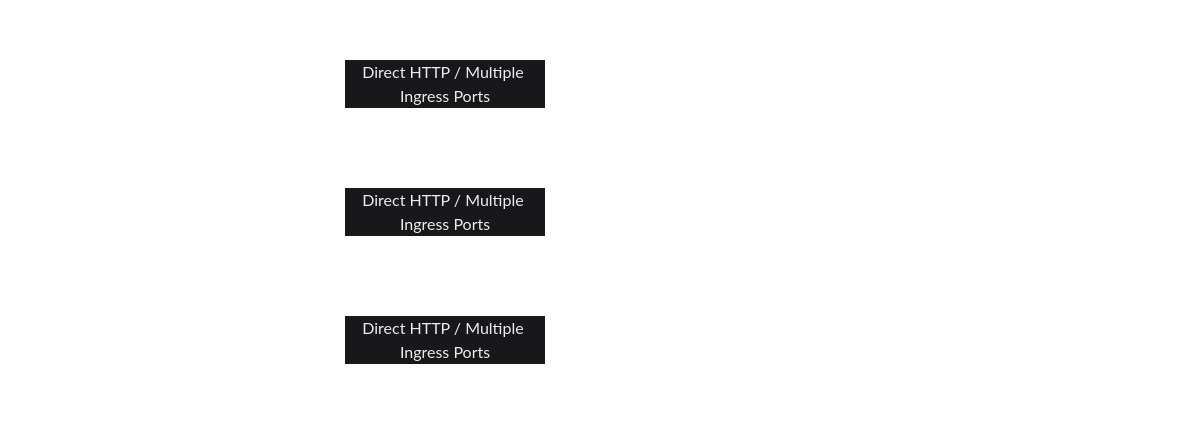
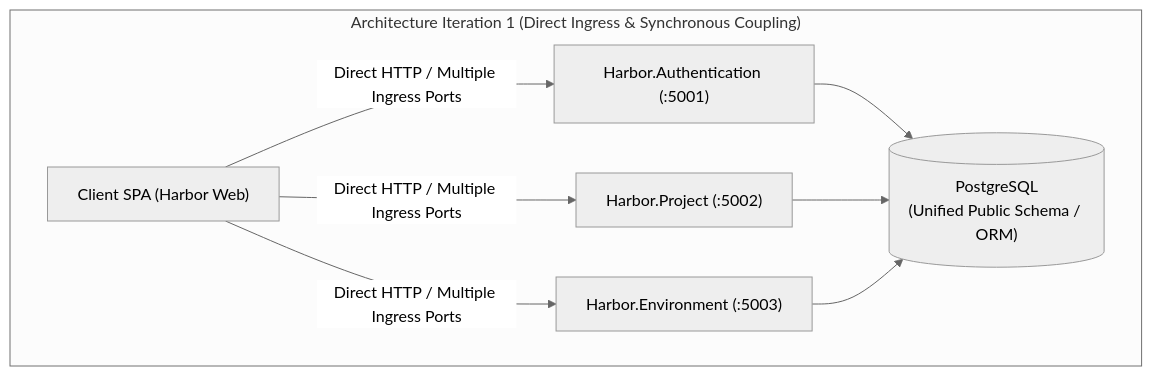
The first of 11 diagrams in docs/FINAL_EVALUATION.md (shanelperera-exe/harbor), drawn with Mermaid before and after one commit. The commit also changed other lines of this file, not shown here.

Commit message:
style(diagrams): use neutral black-and-white theme across all 11 Mermaid diagrams for light/dark mode compatibility

````diff
--- a/docs/FINAL_EVALUATION.md
+++ b/docs/FINAL_EVALUATION.md
@@ -184,36 +184,23 @@
 ```mermaid
 %%{init: {
-  'theme': 'base',
+  'theme': 'neutral',
   'themeVariables': {
-    'fontFamily': 'Courier New, monospace',
-    'darkMode': true,
-    'background': '#18181b',
-    'mainBkg': 'transparent',
-    'nodeBorder': '#ffffff',
-    'nodeTextColor': '#ffffff',
-    'lineColor': '#ffffff',
-    'edgeLabelBackground': '#18181b',
-    'clusterBkg': 'transparent',
-    'clusterBorder': '#ffffff',
-    'titleColor': '#ffffff',
-    'textColor': '#ffffff'
+    'fontFamily': 'Courier New, monospace'
   }
 }}%%
 flowchart TD
-    classDef box fill:transparent,stroke:#ffffff,stroke-width:1.5px,color:#ffffff,font-family:Courier New, monospace;
-
     subgraph Iteration1["Architecture Iteration 1 (Direct Ingress & Synchronous Coupling)"]
-        SPA1["Client SPA (Harbor Web)"]:::box
-        DirectAuth["Harbor.Authentication (:5001)"]:::box
-        DirectProj["Harbor.Project (:5002)"]:::box
-        DirectEnv["Harbor.Environment (:5003)"]:::box
-        SharedDB[("PostgreSQL\n(Unified Public Schema / ORM)")]:::box
+        SPA1["Client SPA (Harbor Web)"]
+        DirectAuth["Harbor.Authentication (:5001)"]
+        DirectProj["Harbor.Project (:5002)"]
+        DirectEnv["Harbor.Environment (:5003)"]
+        SharedDB[("PostgreSQL\n(Unified Public Schema / ORM)")]
     end
 
     SPA1 -->|Direct HTTP / Multiple Ingress Ports| DirectAuth
     SPA1 -->|Direct HTTP / Multiple Ingress Ports| DirectProj
     SPA1 -->|Direct HTTP / Multiple Ingress Ports| DirectEnv
     DirectAuth --> SharedDB
     DirectProj --> SharedDB
     DirectEnv --> SharedDB
 ```
````
